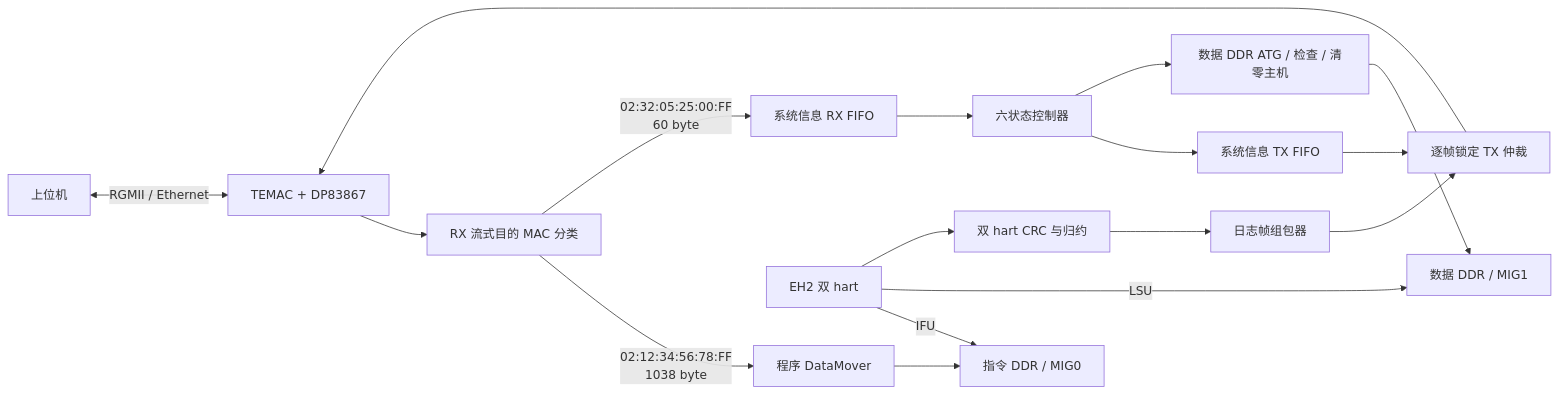
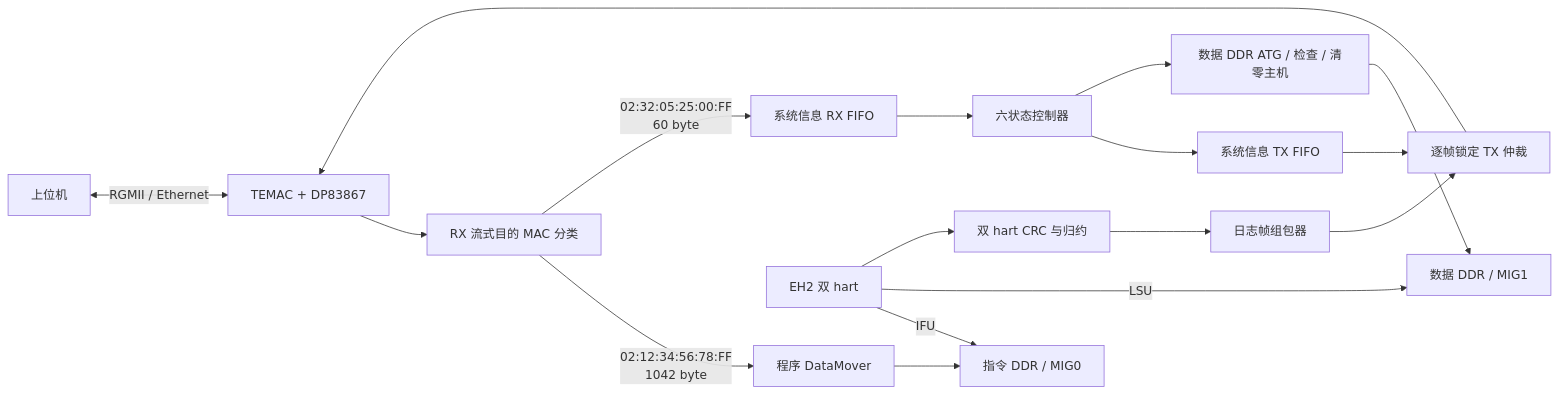
One commit to 320525/eh2-fpga-veri changed the first of 2 diagrams in eh2fpga_veri_system/output/doc/README.md. Above: the diagram before and after it, drawn with Mermaid. The commit also changed other lines of this file and 109 other files, not shown here.

````diff
--- a/eh2fpga_veri_system/output/doc/README.md
+++ b/eh2fpga_veri_system/output/doc/README.md
@@ -32,19 +32,19 @@
 ```mermaid
 flowchart LR
     PC["上位机"] <-->|"RGMII / Ethernet"| MAC["TEMAC + DP83867"]
     MAC --> RX["RX 流式目的 MAC 分类"]
-    RX -->|"02:12:34:56:78:FF<br/>1038 byte"| PDMA["程序 DataMover"]
+    RX -->|"02:12:34:56:78:FF<br/>1042 byte"| PDMA["程序 DataMover"]
     RX -->|"02:32:05:25:00:FF<br/>60 byte"| IRX["系统信息 RX FIFO"]
     PDMA --> M0["指令 DDR / MIG0"]
     IRX --> CTRL["六状态控制器"]
     CTRL --> ITX["系统信息 TX FIFO"]
     ITX --> ARB["逐帧锁定 TX 仲裁"]
     EH2["EH2 双 hart"] -->|"IFU"| M0
     EH2 -->|"LSU"| M1["数据 DDR / MIG1"]
     EH2 --> HASH["双 hart CRC 与归约"]
     HASH --> LOG["日志帧组包器"]
     LOG --> ARB
     ARB --> MAC
     CTRL --> ATG["数据 DDR ATG / 检查 / 清零主机"]
     ATG --> M1
 ```
````
